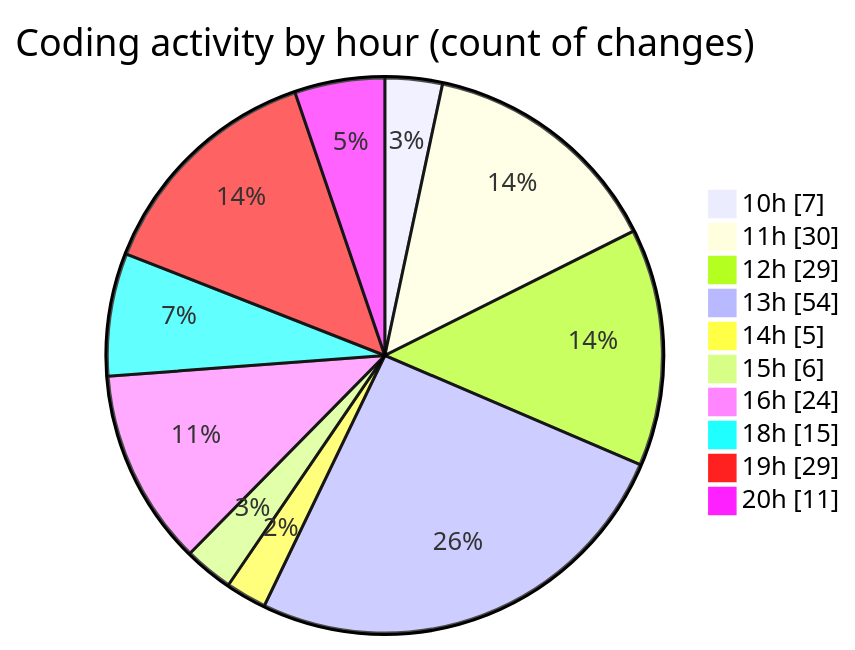
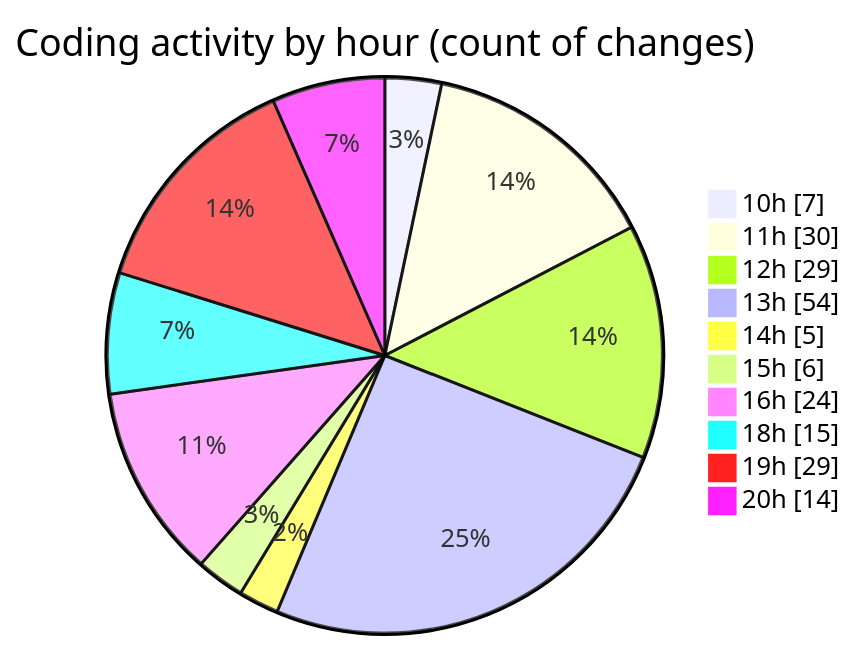
The second of 2 diagrams in 2025-06-26/cda/README.md (momahboobian/code-tracking), drawn with Mermaid before and after one commit. The commit also changed other lines of this file and 1 other file, not shown here.

````diff
--- a/2025-06-26/cda/README.md
+++ b/2025-06-26/cda/README.md
@@ -45,14 +45,14 @@
 ```mermaid
 pie showData
 title Coding activity by hour (count of changes)
 "10h" : 7
 "11h" : 30
 "12h" : 29
 "13h" : 54
 "14h" : 5
 "15h" : 6
 "16h" : 24
 "18h" : 15
 "19h" : 29
-"20h" : 11
+"20h" : 14
 ```
````
